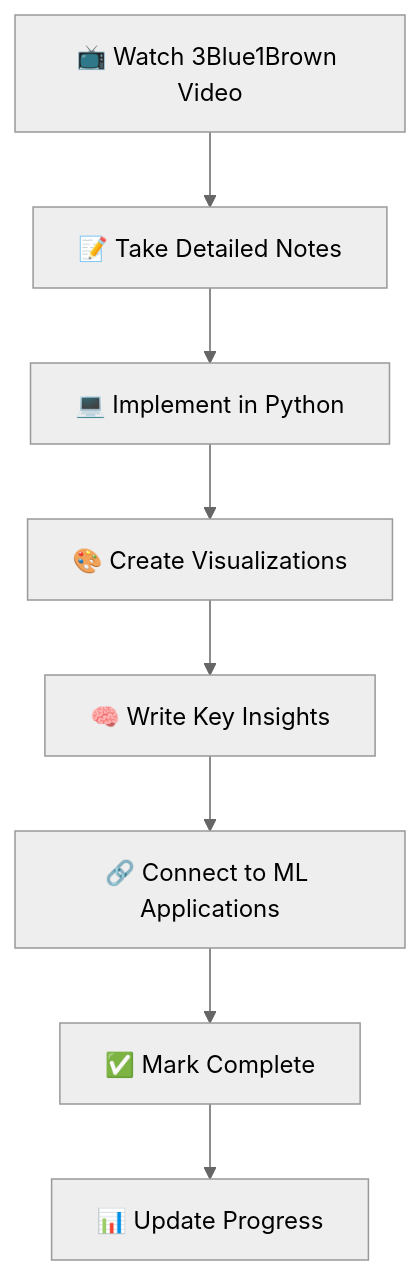
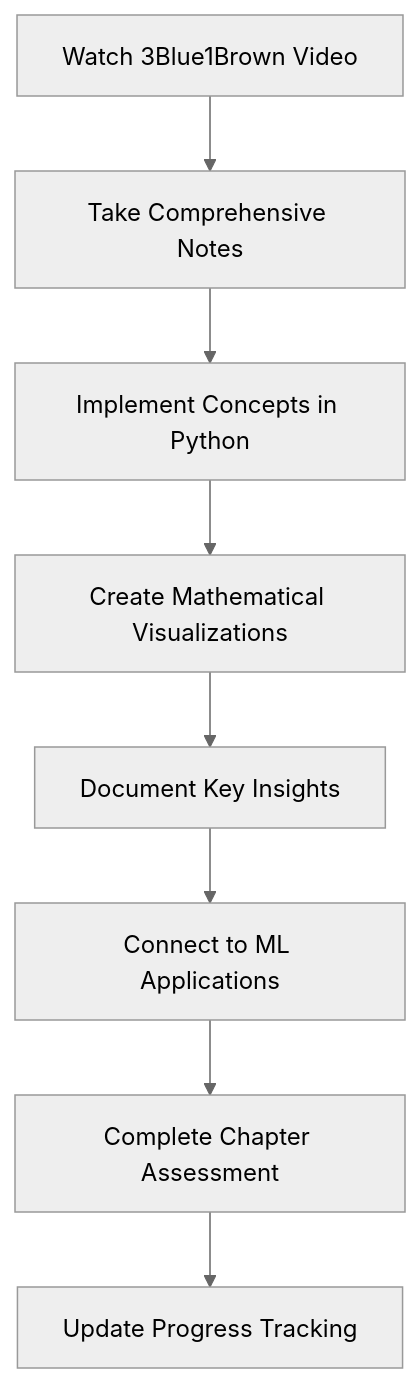
One commit to pyritomath/linear-algebra-learning changed the first of 2 diagrams in README.md. Above: the diagram before and after it, drawn with Mermaid (neutral theme). The commit also changed other lines of this file, not shown here.

````diff
--- a/README.md
+++ b/README.md
@@ -59,10 +130,10 @@
 ```mermaid
 graph TD
-    A[📺 Watch 3Blue1Brown Video] --> B[📝 Take Detailed Notes]
-    B --> C[💻 Implement in Python]
-    C --> D[🎨 Create Visualizations]
-    D --> E[🧠 Write Key Insights]
-    E --> F[🔗 Connect to ML Applications]
-    F --> G[✅ Mark Complete]
-    G --> H[📊 Update Progress]
+    A[Watch 3Blue1Brown Video] --> B[Take Comprehensive Notes]
+    B --> C[Implement Concepts in Python]
+    C --> D[Create Mathematical Visualizations]
+    D --> E[Document Key Insights]
+    E --> F[Connect to ML Applications]
+    F --> G[Complete Chapter Assessment]
+    G --> H[Update Progress Tracking]
 ```
````
